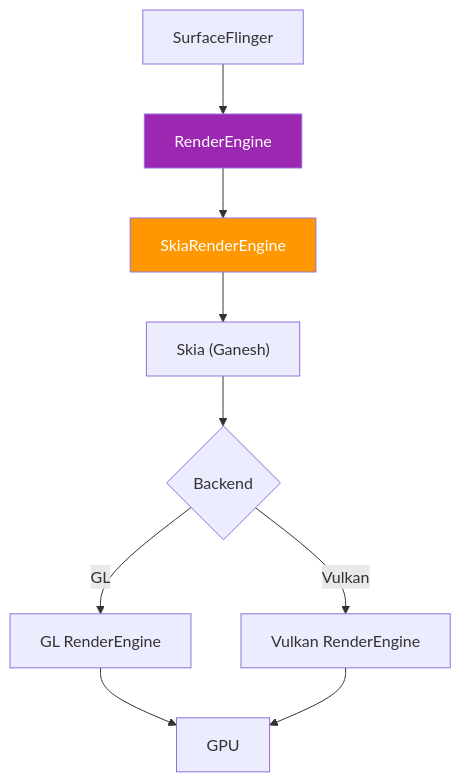
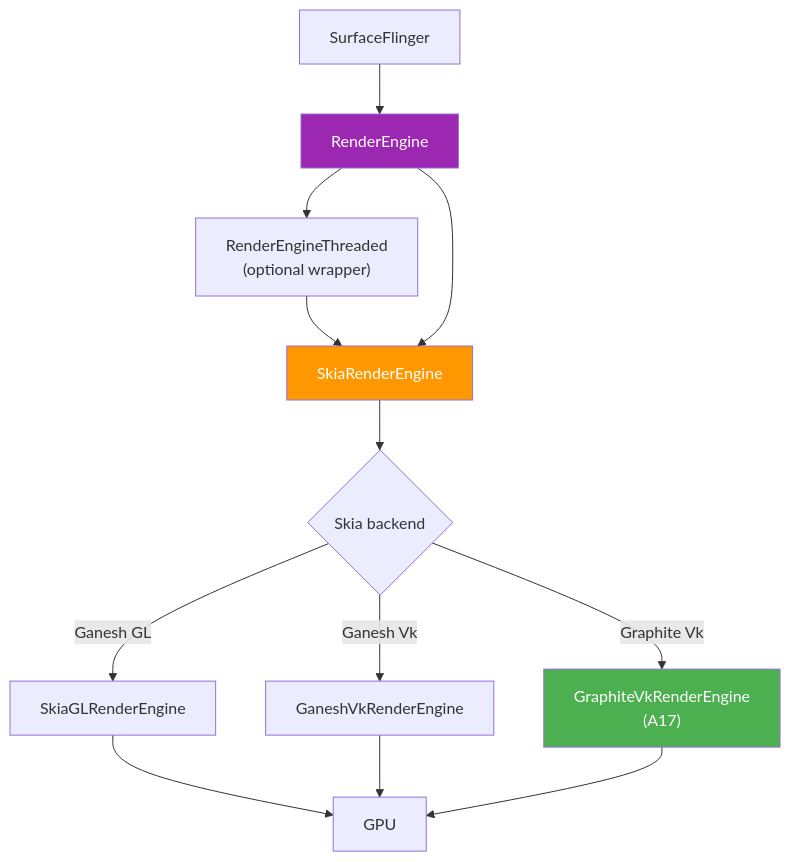
One commit to aospbooks/aosp-internal-book changed diagram 21 of 54 in agents/claude/skills/aosp-native-services-and-media/13-graphics-render-pipeline.md. Above: the diagram before and after it, drawn with Mermaid. The commit also changed other lines of this file and 232 other files, not shown here.

````diff
--- a/agents/claude/skills/aosp-native-services-and-media/13-graphics-render-pipeline.md
+++ b/agents/claude/skills/aosp-native-services-and-media/13-graphics-render-pipeline.md
@@ -2105,14 +2154,18 @@
 ```mermaid
 graph TD
     A["SurfaceFlinger"] --> B["RenderEngine"]
-    B --> C["SkiaRenderEngine"]
-    C --> D["Skia (Ganesh)"]
-    D --> E{"Backend"}
-    E -->|GL| F["GL RenderEngine"]
-    E -->|Vulkan| G["Vulkan RenderEngine"]
+    B --> RT["RenderEngineThreaded<br/>(optional wrapper)"]
+    RT --> C["SkiaRenderEngine"]
+    B --> C
+    C --> D{"Skia backend"}
+    D -->|Ganesh GL| F["SkiaGLRenderEngine"]
+    D -->|Ganesh Vk| G["GaneshVkRenderEngine"]
+    D -->|Graphite Vk| GR["GraphiteVkRenderEngine<br/>(A17)"]
     F --> H["GPU"]
     G --> H
+    GR --> H
 
     style B fill:#9C27B0,color:#fff
     style C fill:#FF9800,color:#fff
+    style GR fill:#4CAF50,color:#fff
 ```
````
